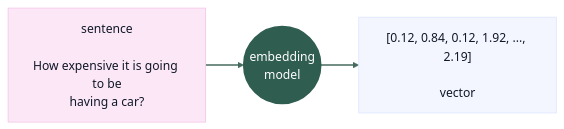
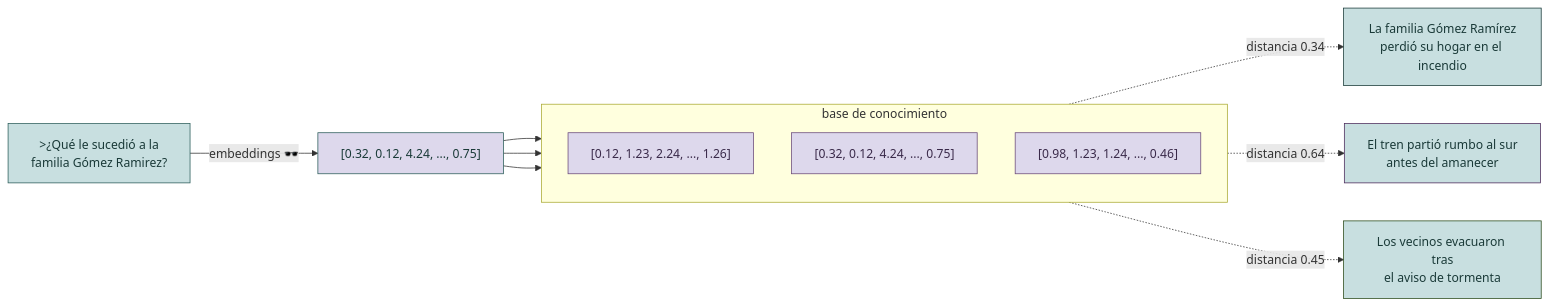
The diagram in README.md (oracle-labs-ai/Autonomous_Database_RAG), drawn with Mermaid before and after one commit. The commit also changed other lines of this file and 8 other files, not shown here.

````diff
--- a/README.md
+++ b/README.md
@@ -19,25 +21,28 @@
 ```mermaid
-
 flowchart LR
-
-    S["sentence<br/><br/>How expensive it is going to be<br/>having a car?"] --> M(("embedding<br/>model"))
-
-    M --> V["[0.12, 0.84, 0.12, 1.92, ..., 2.19]<br/><br/>vector"]
-
-    classDef sentence fill:#FCE7F7,stroke:#F3C2E7,color:#111827,stroke-width:1px;
-
-    classDef model fill:#2F5D50,stroke:#2F5D50,color:#FFFFFF,stroke-width:2px;
-
-    classDef vector fill:#F3F6FF,stroke:#DDE5FF,color:#111827,stroke-width:1px;
-
-    class S sentence;
-
-    class M model;
-
-    class V vector;
-
-    linkStyle 0 stroke:#466A5D,stroke-width:2px;
-
-    linkStyle 1 stroke:#466A5D,stroke-width:2px;
-
+    A[">¿Qué le sucedió a la<br/>familia Gómez Ramirez?"] -->|embeddings 🕶️| B["[0.32, 0.12, 4.24, ..., 0.75]"]
+ 
+    B --> C1
+    B --> C2
+    B --> C3
+ 
+    subgraph KB["base de conocimiento"]
+        direction TB
+        C1["[0.12, 1.23, 2.24, ..., 1.26]"]
+        C2["[0.32, 0.12, 4.24, ..., 0.75]"]
+        C3["[0.98, 1.23, 1.24, ..., 0.46]"]
+    end
+ 
+    C1 -.->|distancia 0.34| D1["La familia Gómez Ramírez<br/>perdió su hogar en el incendio"]
+    C2 -.->|distancia 0.64| D2["El tren partió rumbo al sur<br/>antes del amanecer"]
+    C3 -.->|distancia 0.45| D3["Los vecinos evacuaron tras<br/>el aviso de tormenta"]
+ 
+    style A fill:#C8DFE0,stroke:#2B5D5A,color:#1A3A38
+    style B fill:#DDD8EC,stroke:#2B5D5A,color:#1A3A38
+    style C1 fill:#DDD8EC,stroke:#6A4A7A,color:#3A2A4A
+    style C2 fill:#DDD8EC,stroke:#6A4A7A,color:#3A2A4A
+    style C3 fill:#DDD8EC,stroke:#6A4A7A,color:#3A2A4A
+    style D1 fill:#C8DFE0,stroke:#1A3A38,color:#1A3A38
+    style D2 fill:#C8DFE0,stroke:#4A2A5A,color:#1A3A38
+    style D3 fill:#C8DFE0,stroke:#2A4A1A,color:#1A3A38
 ```
````
